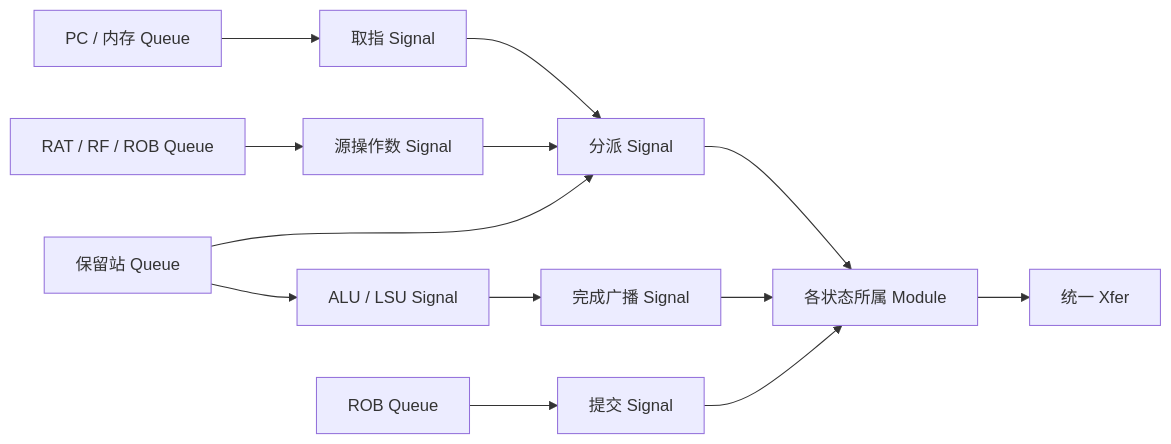
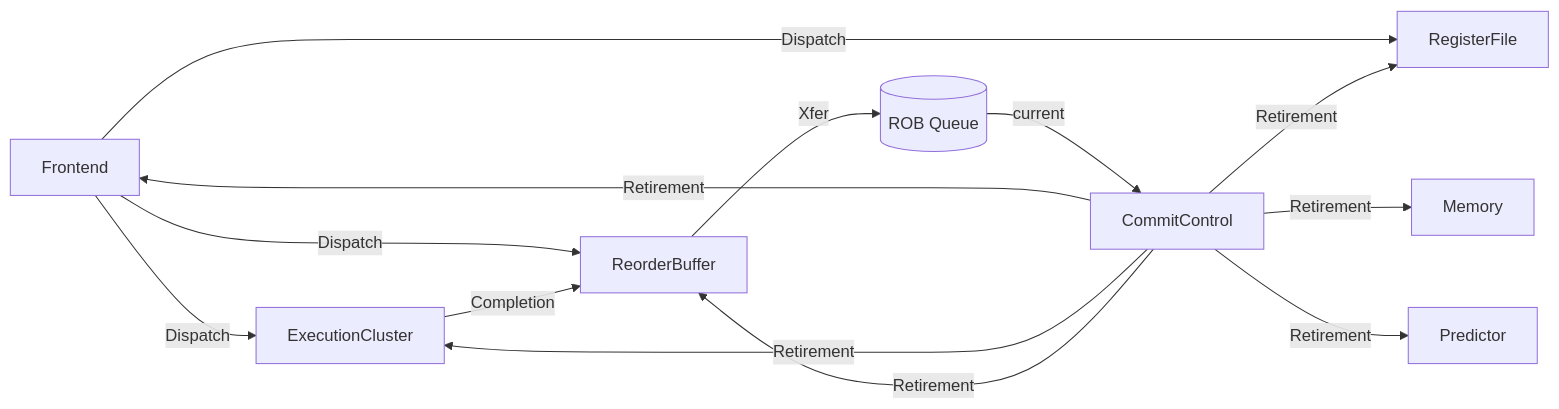
Before and after one commit to PTO-ISA/pyCircuit: the diagram in pycircuit/examples/skyzh_ooo/README.md, drawn with Mermaid. The commit also changed other lines of this file and 13 other files, not shown here.

````diff
--- a/pycircuit/examples/skyzh_ooo/README.md
+++ b/pycircuit/examples/skyzh_ooo/README.md
@@ -22,15 +26,15 @@
 ```mermaid
 flowchart LR
-  PC[PC / 内存 Queue] --> F[取指 Signal]
-  RF[RAT / RF / ROB Queue] --> O[源操作数 Signal]
-  F --> D[分派 Signal]
-  O --> D
-  RS[保留站 Queue] --> D
-  RS --> E[ALU / LSU Signal]
-  E --> B[完成广播 Signal]
-  ROB[ROB Queue] --> C[提交 Signal]
-  D --> U[各状态所属 Module]
-  B --> U
-  C --> U
-  U --> X[统一 Xfer]
+  F[Frontend] -- Dispatch --> E[ExecutionCluster]
+  F -- Dispatch --> R[ReorderBuffer]
+  E -- Completion --> R
+  R -- Xfer --> Q[(ROB Queue)]
+  Q -- current --> C[CommitControl]
+  C -- Retirement --> F
+  C -- Retirement --> E
+  C -- Retirement --> R
+  F -- Dispatch --> RF[RegisterFile]
+  C -- Retirement --> RF
+  C -- Retirement --> M[Memory]
+  C -- Retirement --> P[Predictor]
 ```
````
